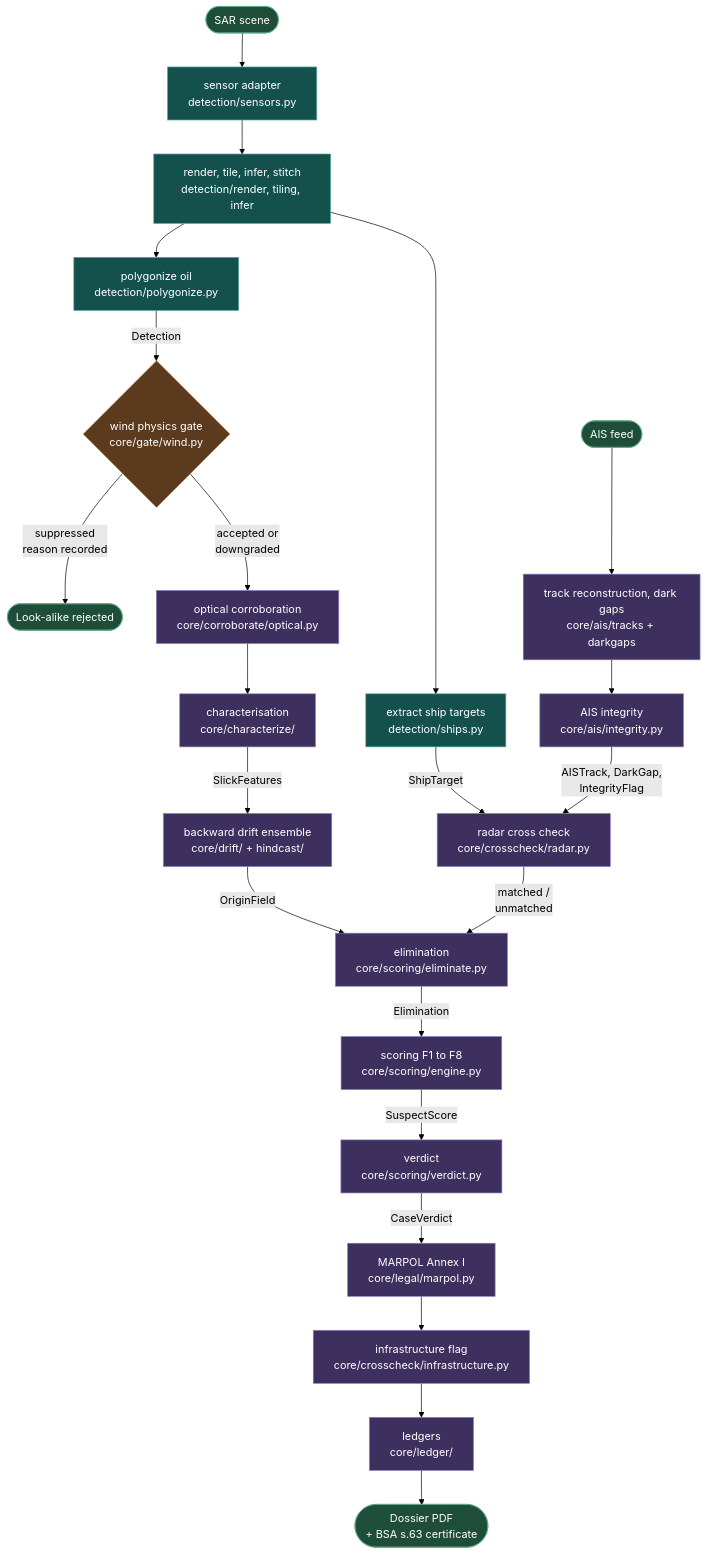
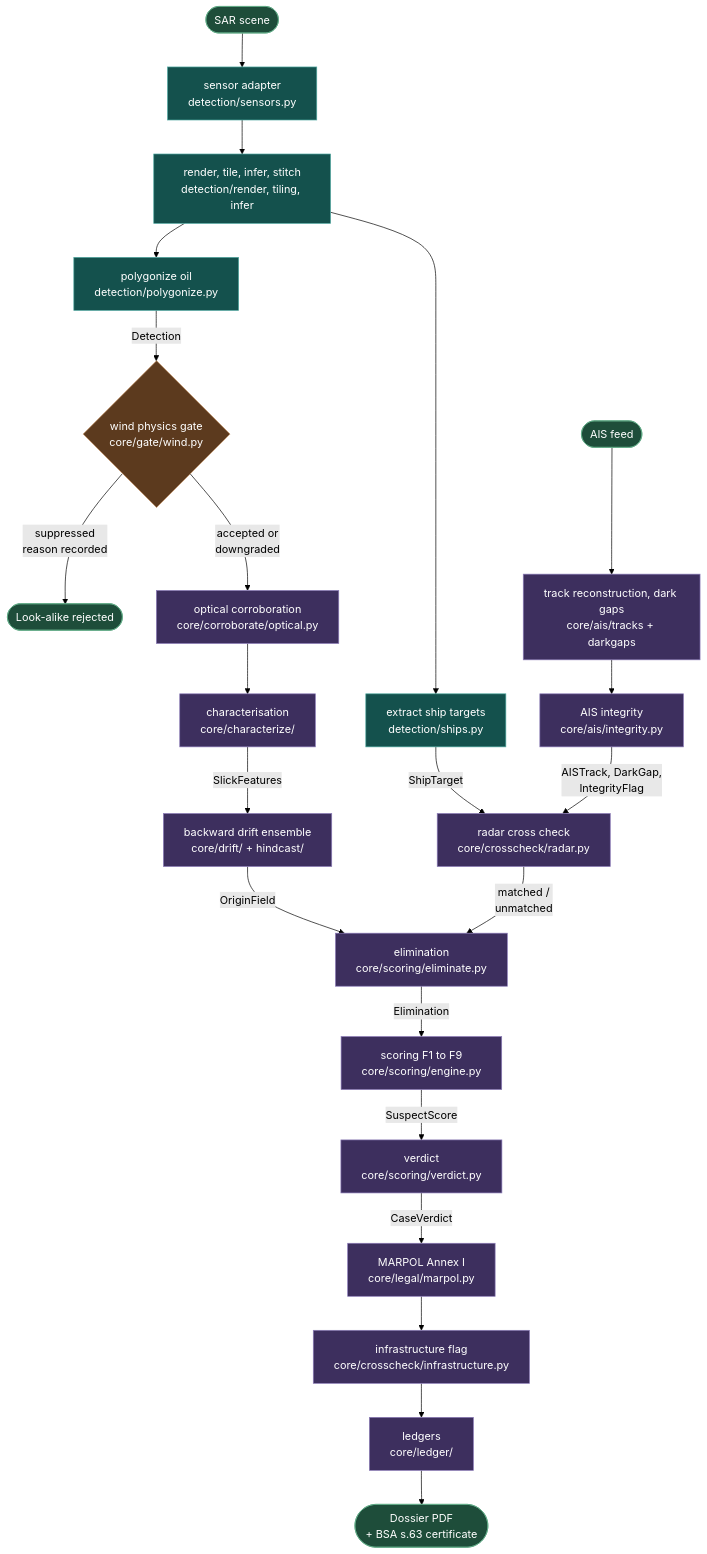
Before and after one commit to RiteshGadarla/Pharos: the second of 2 diagrams in docs/ARCHITECTURE.md, drawn with Mermaid (forest theme). The commit also changed other lines of this file and 6 other files, not shown here.

````diff
--- a/docs/ARCHITECTURE.md
+++ b/docs/ARCHITECTURE.md
@@ -91,37 +91,37 @@
 ```mermaid
 flowchart TD
     START(["SAR scene"]) --> S1["sensor adapter<br/>detection/sensors.py"]
     S1 --> S2["render, tile, infer, stitch<br/>detection/render, tiling, infer"]
     S2 --> S3["polygonize oil<br/>detection/polygonize.py"]
     S2 --> S4["extract ship targets<br/>detection/ships.py"]
 
     S3 -->|Detection| GATE{"wind physics gate<br/>core/gate/wind.py"}
     GATE -->|"suppressed<br/>reason recorded"| DROP(["Look-alike rejected"])
     GATE -->|"accepted or<br/>downgraded"| S6["optical corroboration<br/>core/corroborate/optical.py"]
 
     S6 --> S7["characterisation<br/>core/characterize/"]
     S7 -->|SlickFeatures| S8["backward drift ensemble<br/>core/drift/ + hindcast/"]
     S8 -->|OriginField| S12
 
     S4 -->|ShipTarget| S11["radar cross check<br/>core/crosscheck/radar.py"]
     AIS(["AIS feed"]) --> S9["track reconstruction, dark gaps<br/>core/ais/tracks + darkgaps"]
     S9 --> S10["AIS integrity<br/>core/ais/integrity.py"]
     S10 -->|"AISTrack, DarkGap,<br/>IntegrityFlag"| S11
     S11 -->|"matched /<br/>unmatched"| S12
 
-    S12["elimination<br/>core/scoring/eliminate.py"] -->|Elimination| S13["scoring F1 to F8<br/>core/scoring/engine.py"]
+    S12["elimination<br/>core/scoring/eliminate.py"] -->|Elimination| S13["scoring F1 to F9<br/>core/scoring/engine.py"]
     S13 -->|SuspectScore| S14["verdict<br/>core/scoring/verdict.py"]
     S14 -->|CaseVerdict| S15["MARPOL Annex I<br/>core/legal/marpol.py"]
     S15 --> S16["infrastructure flag<br/>core/crosscheck/infrastructure.py"]
     S16 --> S17["ledgers<br/>core/ledger/"]
     S17 --> END(["Dossier PDF<br/>+ BSA s.63 certificate"])
 
     classDef detect fill:#14514d,stroke:#4fa8a0,color:#fff
     classDef corestage fill:#3d2f5e,stroke:#8b7bb8,color:#fff
     classDef decision fill:#5c3a1e,stroke:#c08b5c,color:#fff
     classDef terminal fill:#1e4d3a,stroke:#5faa85,color:#fff
     class S1,S2,S3,S4 detect
     class S6,S7,S8,S9,S10,S11,S12,S13,S14,S15,S16,S17 corestage
     class GATE decision
     class START,END,AIS,DROP terminal
 ```
````
